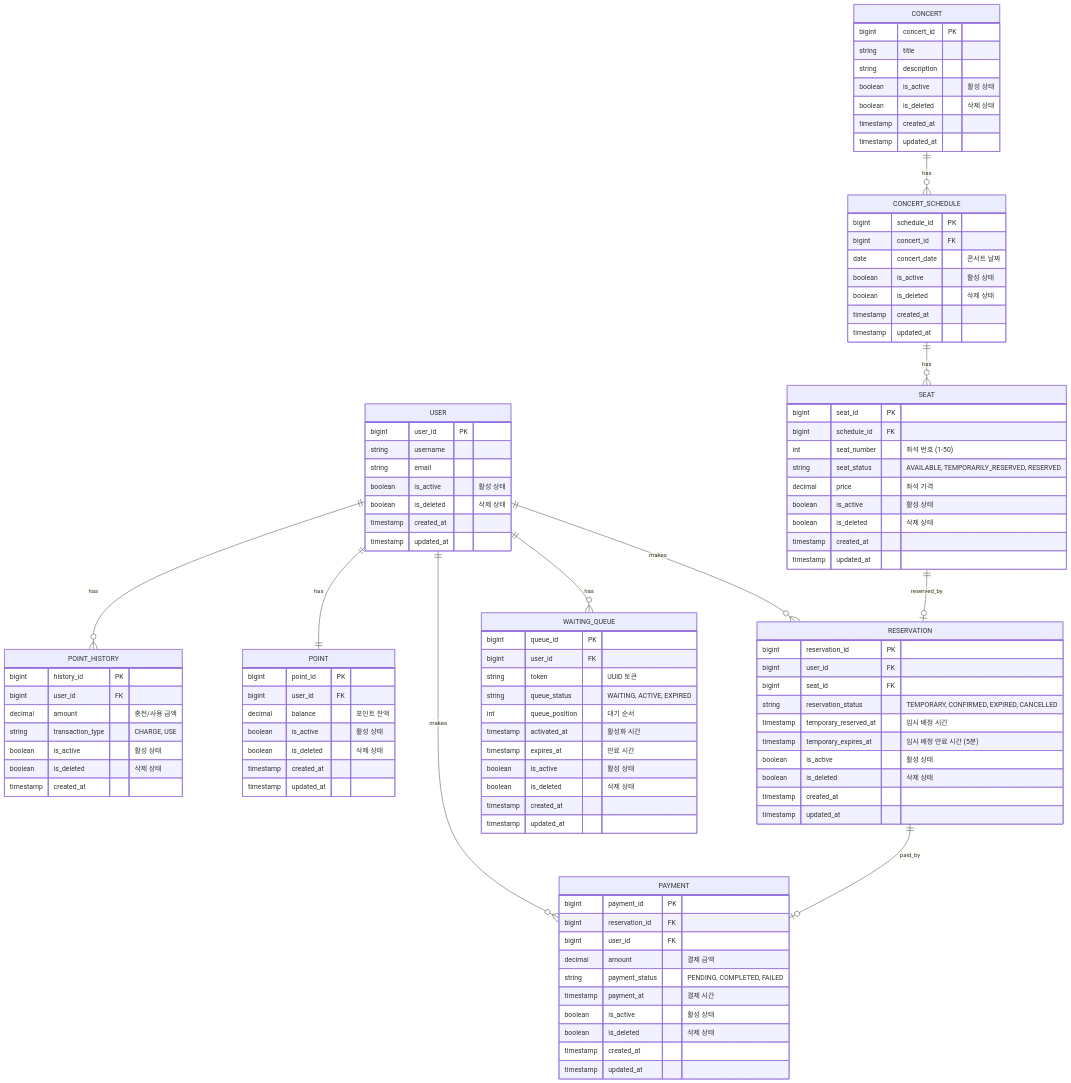
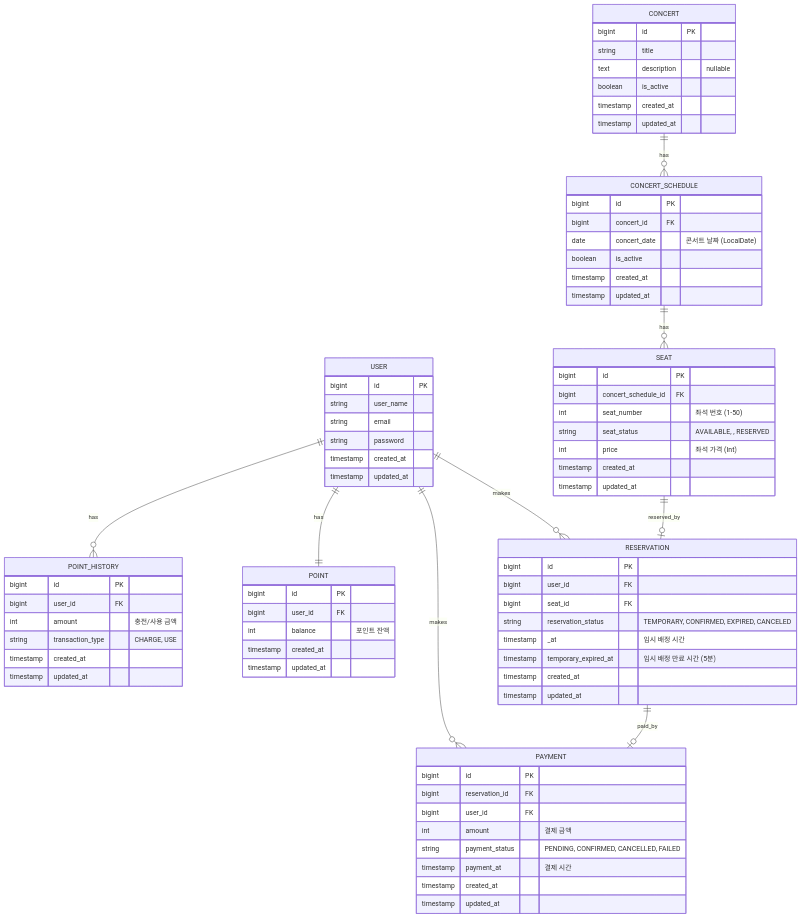
One commit to iamseung/hh-concert changed the diagram in docs/erd.md. Above: the diagram before and after it, drawn with Mermaid. The commit also changed other lines of this file and 106 other files, not shown here.

```diff
--- a/docs/erd.md
+++ b/docs/erd.md
@@ -8,7 +8,6 @@
     USER ||--|| POINT : "has"
     USER ||--o{ RESERVATION : "makes"
     USER ||--o{ PAYMENT : "makes"
-    USER ||--o{ WAITING_QUEUE : "has"
 
     CONCERT ||--o{ CONCERT_SCHEDULE : "has"
     CONCERT_SCHEDULE ||--o{ SEAT : "has"
@@ -17,103 +16,77 @@
     RESERVATION ||--o| PAYMENT : "paid_by"
 
     USER {
-        bigint user_id PK
-        string username
+        bigint id PK
+        string user_name
         string email
-        boolean is_active "활성 상태"
-        boolean is_deleted "삭제 상태"
+        string password
         timestamp created_at
         timestamp updated_at
     }
 
     POINT {
-        bigint point_id PK
+        bigint id PK
         bigint user_id FK
-        decimal balance "포인트 잔액"
-        boolean is_active "활성 상태"
-        boolean is_deleted "삭제 상태"
+        int balance "포인트 잔액"
         timestamp created_at
         timestamp updated_at
     }
 
     POINT_HISTORY {
-        bigint history_id PK
+        bigint id PK
         bigint user_id FK
-        decimal amount "충전/사용 금액"
+        int amount "충전/사용 금액"
         string transaction_type "CHARGE, USE"
-        boolean is_active "활성 상태"
-        boolean is_deleted "삭제 상태"
         timestamp created_at
+        timestamp updated_at
     }
 
     CONCERT {
-        bigint concert_id PK
+        bigint id PK
         string title
-        string description
-        boolean is_active "활성 상태"
-        boolean is_deleted "삭제 상태"
+        text description "nullable"
+        boolean is_active
         timestamp created_at
         timestamp updated_at
     }
 
     CONCERT_SCHEDULE {
-        bigint schedule_id PK
+        bigint id PK
         bigint concert_id FK
-        date concert_date "콘서트 날짜"
-        boolean is_active "활성 상태"
-        boolean is_deleted "삭제 상태"
+        date concert_date "콘서트 날짜 (LocalDate)"
+        boolean is_active
         timestamp created_at
         timestamp updated_at
     }
 
     SEAT {
-        bigint seat_id PK
-        bigint schedule_id FK
+        bigint id PK
+        bigint concert_schedule_id FK
         int seat_number "좌석 번호 (1-50)"
-        string seat_status "AVAILABLE, TEMPORARILY_RESERVED, RESERVED"
-        decimal price "좌석 가격"
-        boolean is_active "활성 상태"
-        boolean is_deleted "삭제 상태"
+        string seat_status "AVAILABLE, , RESERVED"
+        int price "좌석 가격 (Int)"
         timestamp created_at
         timestamp updated_at
     }
 
     RESERVATION {
-        bigint reservation_id PK
+        bigint id PK
         bigint user_id FK
         bigint seat_id FK
-        string reservation_status "TEMPORARY, CONFIRMED, EXPIRED, CANCELLED"
-        timestamp temporary_reserved_at "임시 배정 시간"
-        timestamp temporary_expires_at "임시 배정 만료 시간 (5분)"
-        boolean is_active "활성 상태"
-        boolean is_deleted "삭제 상태"
+        string reservation_status "TEMPORARY, CONFIRMED, EXPIRED, CANCELED"
+        timestamp _at "임시 배정 시간"
+        timestamp temporary_expired_at "임시 배정 만료 시간 (5분)"
         timestamp created_at
         timestamp updated_at
     }
 
     PAYMENT {
-        bigint payment_id PK
+        bigint id PK
         bigint reservation_id FK
         bigint user_id FK
-        decimal amount "결제 금액"
-        string payment_status "PENDING, COMPLETED, FAILED"
+        int amount "결제 금액"
+        string payment_status "PENDING, CONFIRMED, CANCELLED, FAILED"
         timestamp payment_at "결제 시간"
-        boolean is_active "활성 상태"
-        boolean is_deleted "삭제 상태"
-        timestamp created_at
-        timestamp updated_at
-    }
-
-    WAITING_QUEUE {
-        bigint queue_id PK
-        bigint user_id FK
-        string token "UUID 토큰"
-        string queue_status "WAITING, ACTIVE, EXPIRED"
-        int queue_position "대기 순서"
-        timestamp activated_at "활성화 시간"
-        timestamp expires_at "만료 시간"
-        boolean is_active "활성 상태"
-        boolean is_deleted "삭제 상태"
         timestamp created_at
         timestamp updated_at
     }
```
